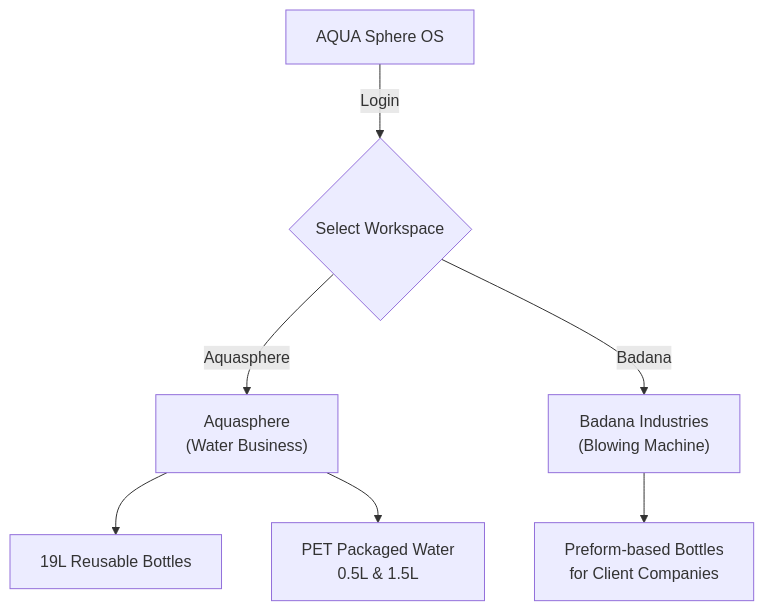
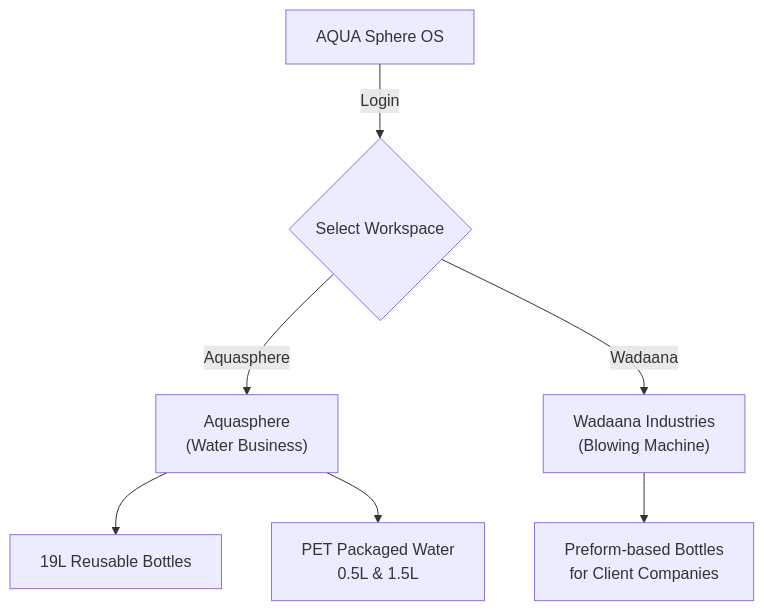
Before and after one commit to ehtisham-hashim/AquaSphere: the diagram in context/project-requirements.md, drawn with Mermaid. The commit also changed other lines of this file and 15 other files, not shown here.

Commit message:
Refactor context and database models to replace 'Badana' with 'Wadaana'; update business rules and specifications for new division structure

````diff
--- a/context/project-requirements.md
+++ b/context/project-requirements.md
@@ -13,9 +13,9 @@
 ```mermaid
 graph TD
     AQUA["AQUA Sphere OS"] -->|Login| SELECT{"Select Workspace"}
     SELECT -->|Aquasphere| AQ["Aquasphere<br/>(Water Business)"]
-    SELECT -->|Badana| BA["Badana Industries<br/>(Blowing Machine)"]
+    SELECT -->|Wadaana| BA["Wadaana Industries<br/>(Blowing Machine)"]
     AQ --> D1["19L Reusable Bottles"]
     AQ --> D2["PET Packaged Water<br/>0.5L & 1.5L"]
     BA --> D3["Preform-based Bottles<br/>for Client Companies"]
 ```
````
